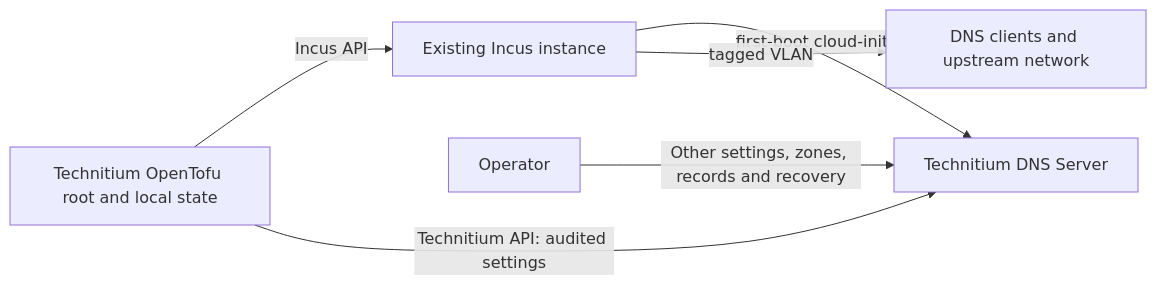
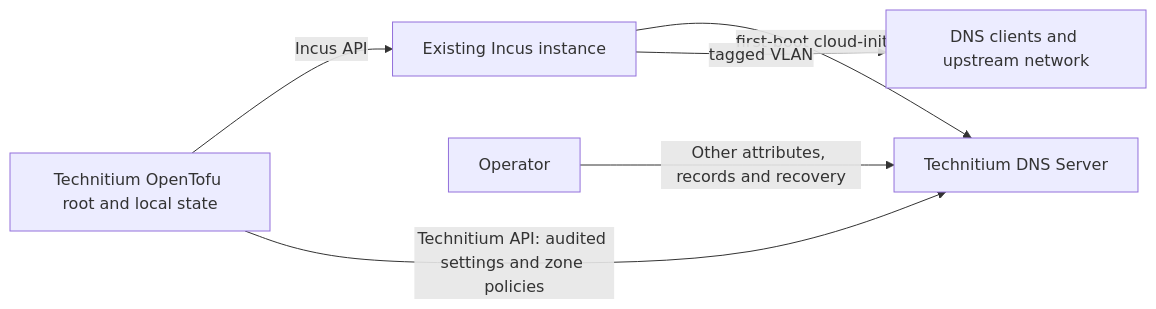
One commit to lexedwards/homelab changed the diagram in services/technitium-dns/README.md. Above: the diagram before and after it, drawn with Mermaid. The commit also changed other lines of this file and 4 other files, not shown here.

Commit message:
feat(technitium-dns): manage DNS-owned zones (#5)

````diff
--- a/services/technitium-dns/README.md
+++ b/services/technitium-dns/README.md
@@ -78,8 +86,8 @@
 ```mermaid
 flowchart LR
     T[Technitium OpenTofu root and local state] -->|Incus API| I[Existing Incus instance]
     I -->|first-boot cloud-init| D[Technitium DNS Server]
     I -->|tagged VLAN| N[DNS clients and upstream network]
-    T -->|Technitium API: audited settings| D
-    O[Operator] -->|Other settings, zones, records and recovery| D
+    T -->|Technitium API: audited settings and zone policies| D
+    O[Operator] -->|Other attributes, records and recovery| D
 ```
````
